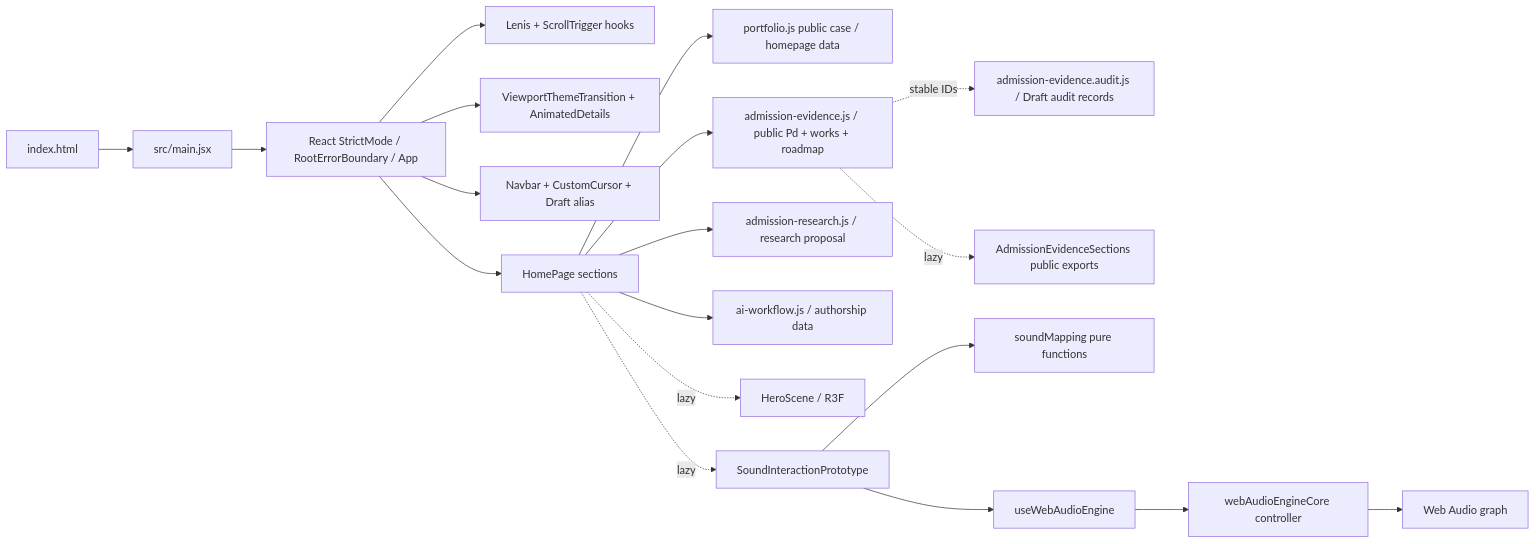
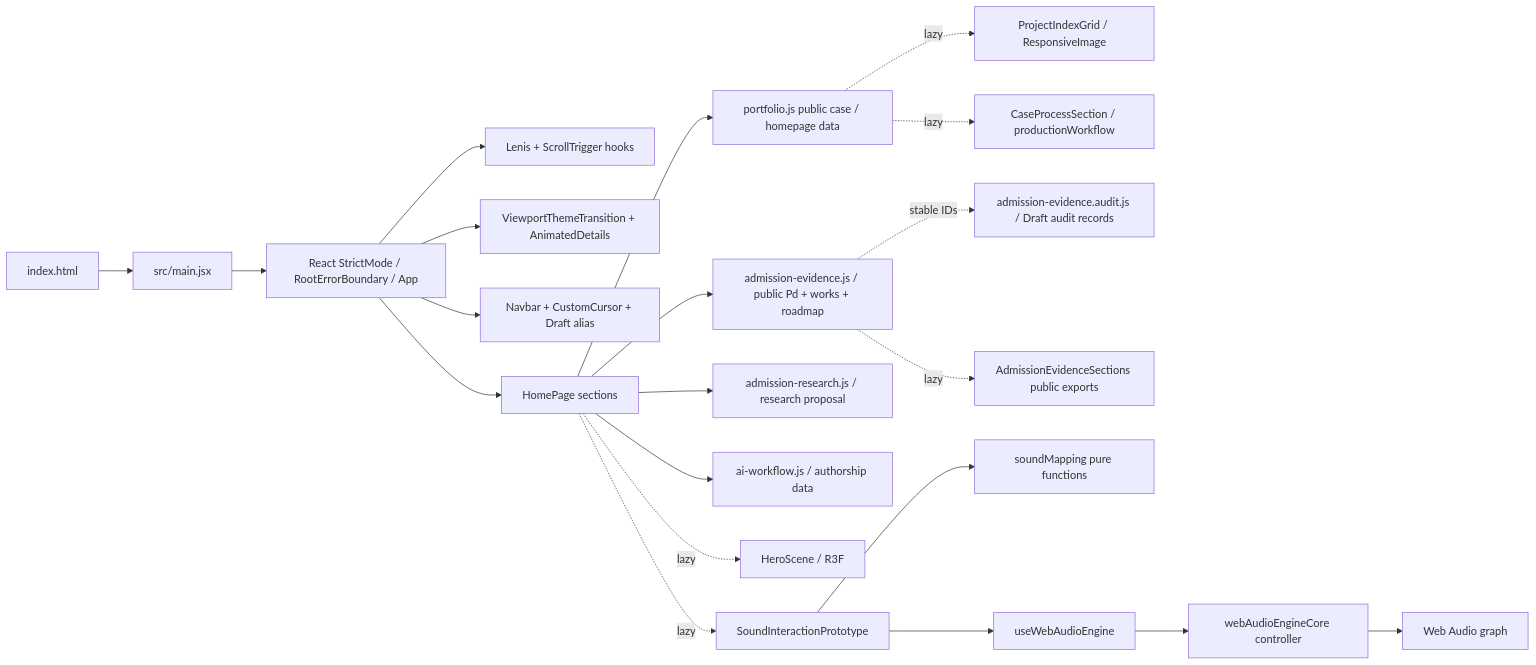
One commit to Ruyuang0509/ruyuang-portfolio changed the first of 2 diagrams in docs/website/TECHNICAL_ARCHITECTURE.md. Above: the diagram before and after it, drawn with Mermaid. The commit also changed other lines of this file and 70 other files, not shown here.

````diff
--- a/docs/website/TECHNICAL_ARCHITECTURE.md
+++ b/docs/website/TECHNICAL_ARCHITECTURE.md
@@ -72,21 +87,23 @@
 ```mermaid
 flowchart LR
   A["index.html"] --> B["src/main.jsx"]
   B --> C["React StrictMode / RootErrorBoundary / App"]
   C --> D["Lenis + ScrollTrigger hooks"]
   C --> N["ViewportThemeTransition + AnimatedDetails"]
   C --> E["Navbar + CustomCursor + Draft alias"]
   C --> F["HomePage sections"]
   F --> G["portfolio.js public case / homepage data"]
+  G -. lazy .-> T["ProjectIndexGrid / ResponsiveImage"]
+  G -. lazy .-> U["CaseProcessSection / productionWorkflow"]
   F --> O["admission-evidence.js / public Pd + works + roadmap"]
   O -. stable IDs .-> S["admission-evidence.audit.js / Draft audit records"]
   F --> P["admission-research.js / research proposal"]
   F --> Q["ai-workflow.js / authorship data"]
   O -. lazy .-> R["AdmissionEvidenceSections public exports"]
   F -. lazy .-> H["HeroScene / R3F"]
   F -. lazy .-> I["SoundInteractionPrototype"]
   I --> J["soundMapping pure functions"]
   I --> K["useWebAudioEngine"]
   K --> L["webAudioEngineCore controller"]
   L --> M["Web Audio graph"]
 ```
````
